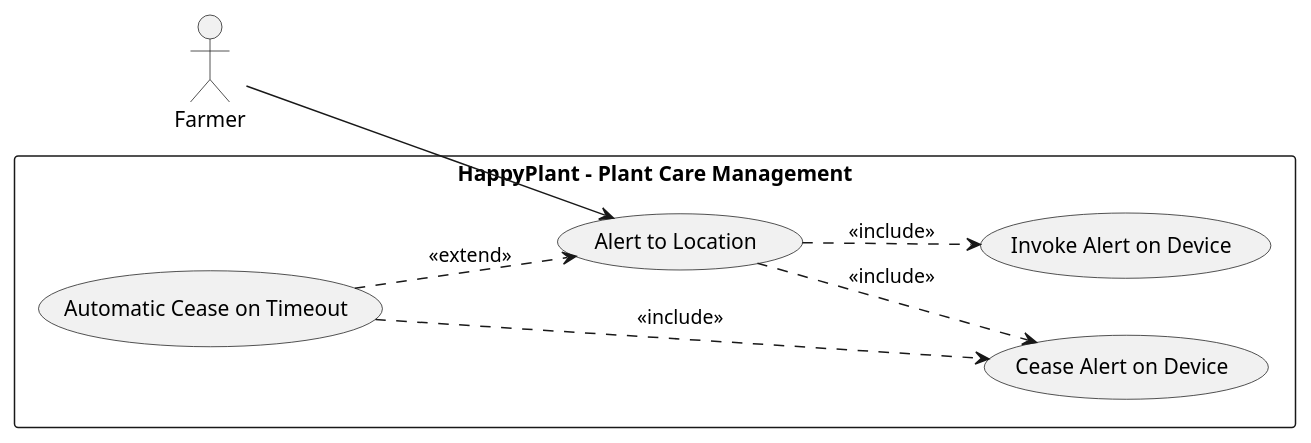
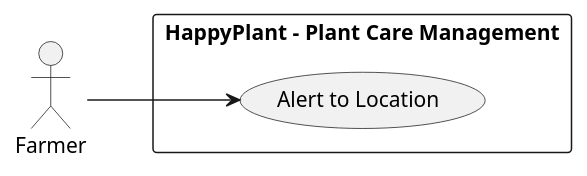
Before and after one commit to jakub-mata/uvod-do-soft-eng: the diagram in docs/uml/use-case-003-uml.plantuml, drawn with PlantUML. The commit also changed 7 other files, not shown here.

Commit message:
Simplify use case diagrams

```diff
--- a/docs/uml/use-case-003-uml.plantuml
+++ b/docs/uml/use-case-003-uml.plantuml
@@ -1,28 +1,13 @@
 @startuml
 left to right direction
 
 actor "Farmer" as AC_F
 
 rectangle "HappyPlant - Plant Care Management" {
     usecase "Alert to Location" as UC_AL
-    usecase "Invoke Alert on Device" as UC_IAD
-    usecase "Cease Alert on Device" as UC_CAD
-    usecase "Automatic Cease on Timeout" as UC_ACT
 }
 
 ' The Farmer starts the process
 AC_F --> UC_AL
 
-' Primary goal requires starting the hardware alert
-UC_AL ..> UC_IAD : <<include>>
-
-' Primary goal requires stopping the alert (manual end of flow)
-UC_AL ..> UC_CAD : <<include>>
-
-' The timeout is a shared service that also triggers the cease hardware command
-UC_ACT ..> UC_CAD : <<include>>
-
-' The timeout can take over if time has elapsed
-UC_ACT ..> UC_AL : <<extend>>
-
 @enduml
```
